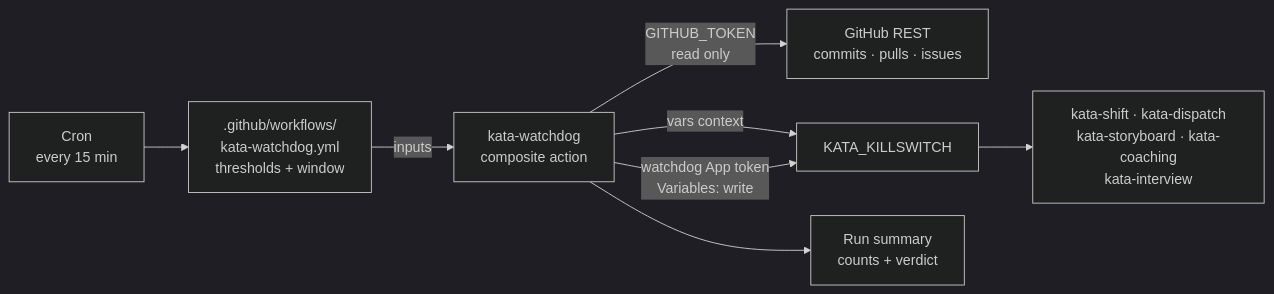
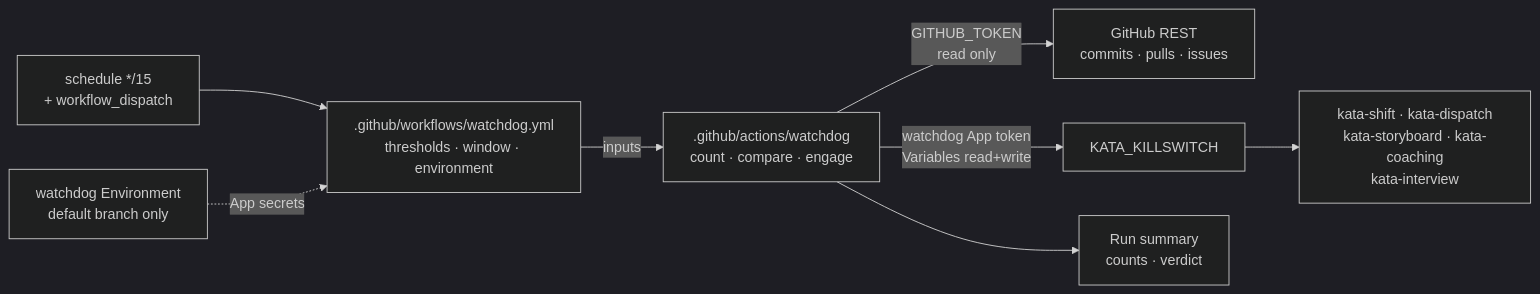
One commit to forwardimpact/monorepo changed the first of 2 diagrams in specs/2330-kata-watchdog-workflow/design-a.md. Above: the diagram before and after it, drawn with Mermaid (dark theme). The commit also changed other lines of this file and 1 other file, not shown here.

First line of the commit message:
design(2330): address the review panel on the activity watchdog

````diff
--- a/specs/2330-kata-watchdog-workflow/design-a.md
+++ b/specs/2330-kata-watchdog-workflow/design-a.md
@@ -10,10 +10,10 @@
 ```mermaid
 graph LR
-    CR["Cron<br/>every 15 min"] --> WF[".github/workflows/<br/>kata-watchdog.yml<br/>thresholds + window"]
-    WF -->|"inputs"| ACT["kata-watchdog<br/>composite action"]
+    CR["schedule */15<br/>+ workflow_dispatch"] --> WF[".github/workflows/watchdog.yml<br/>thresholds · window · environment"]
+    WF -->|"inputs"| ACT[".github/actions/watchdog<br/>count · compare · engage"]
     ACT -->|"GITHUB_TOKEN<br/>read only"| API["GitHub REST<br/>commits · pulls · issues"]
-    ACT -->|"vars context"| KS["KATA_KILLSWITCH"]
-    ACT -->|"watchdog App token<br/>Variables: write"| KS
+    ACT -->|"watchdog App token<br/>Variables read+write"| KS["KATA_KILLSWITCH"]
     KS --> KW["kata-shift · kata-dispatch<br/>kata-storyboard · kata-coaching<br/>kata-interview"]
-    ACT --> SUM["Run summary<br/>counts + verdict"]
+    ACT --> SUM["Run summary<br/>counts · verdict"]
+    ENV["watchdog Environment<br/>default branch only"] -.->|"App secrets"| WF
 ```
````
